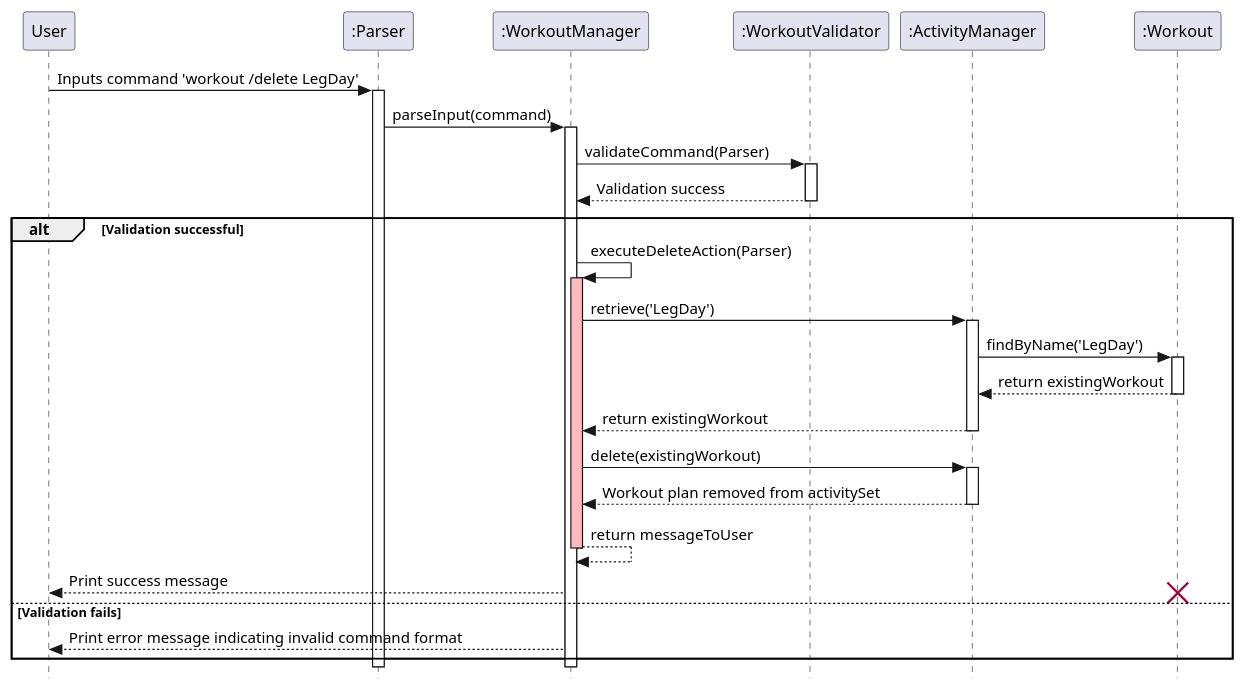
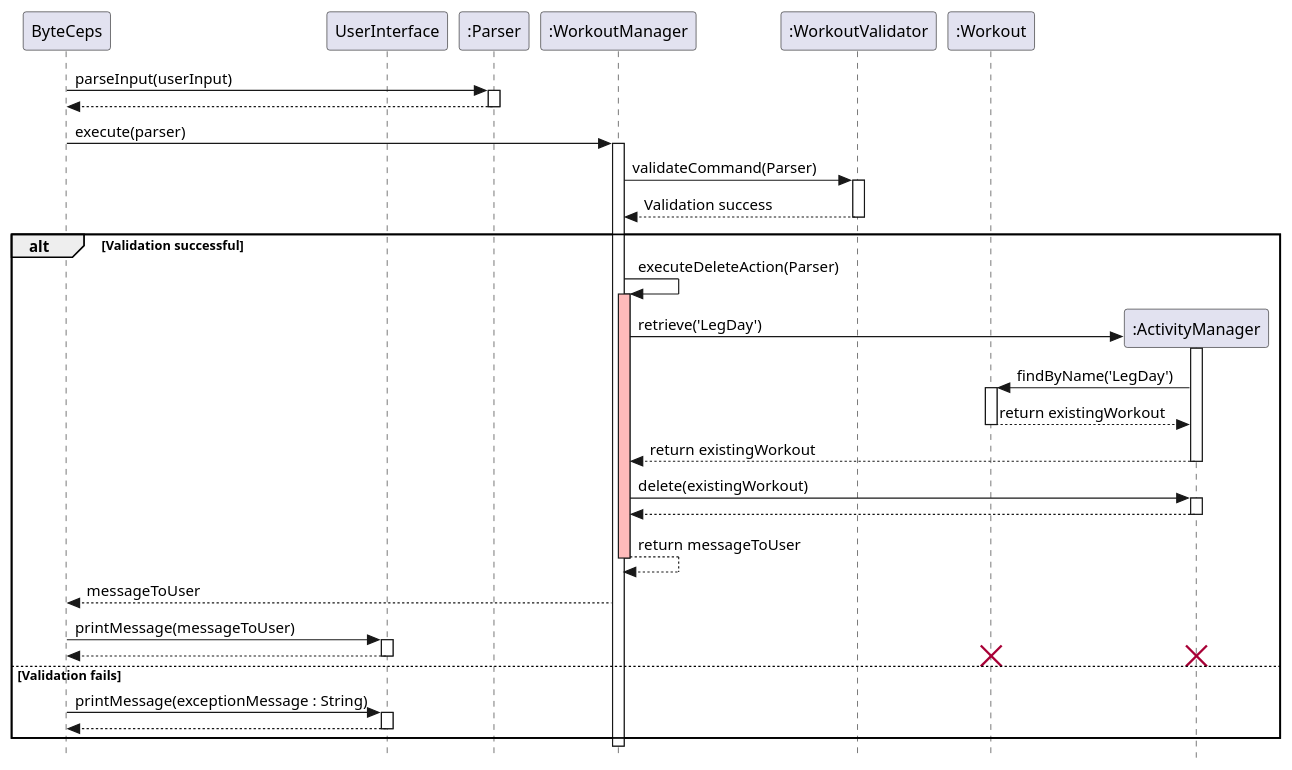
One commit to joshualeejunyi/tp changed the diagram in docs/plantuml/deleteWorkout.puml. Above: the diagram before and after it, drawn with PlantUML. The commit also changed 7 other files, not shown here.

Commit message:
Modify sequence diagrams

```diff
--- a/docs/plantuml/deleteWorkout.puml
+++ b/docs/plantuml/deleteWorkout.puml
@@ -1,54 +1,68 @@
 @startuml SequenceDiagram
 
 skinparam classAttributeIconSize 0
 skinparam style strictuml
-participant User
+
+participant ByteCeps as User
+participant UserInterface
 participant ":Parser" as Parser
 participant ":WorkoutManager" as WorkoutManager
 participant ":WorkoutValidator" as Validator
-participant ":ActivityManager" as ActivityManager
 participant ":Workout" as Workout
 
-User -> Parser : Inputs command 'workout /delete LegDay'
+
+User -> Parser : parseInput(userInput)
 activate Parser
-Parser -> WorkoutManager : parseInput(command)
+User <-- Parser
+deactivate Parser
+
+User -> WorkoutManager : execute(parser)
 activate WorkoutManager
 
 WorkoutManager -> Validator : validateCommand(Parser)
 activate Validator
 Validator --> WorkoutManager : Validation success
 deactivate Validator
 
 alt Validation successful
 
     WorkoutManager -> WorkoutManager : executeDeleteAction(Parser)
     activate WorkoutManager #FFBBBB
 
+    create ":ActivityManager" as ActivityManager
     WorkoutManager -> ActivityManager : retrieve('LegDay')
     activate ActivityManager
     ActivityManager -> Workout : findByName('LegDay')
     activate Workout
     Workout --> ActivityManager : return existingWorkout
     deactivate Workout
     ActivityManager --> WorkoutManager : return existingWorkout
     deactivate ActivityManager
 
     WorkoutManager -> ActivityManager : delete(existingWorkout)
     activate ActivityManager
-    ActivityManager --> WorkoutManager : Workout plan removed from activitySet
+    ActivityManager --> WorkoutManager :
     deactivate ActivityManager
 
     WorkoutManager --> WorkoutManager : return messageToUser
     deactivate WorkoutManager #FFBBBB
-    WorkoutManager --> User : Print success message
+    WorkoutManager --> User : messageToUser
+    User -> UserInterface: printMessage(messageToUser)
+    activate UserInterface
+    UserInterface --> User
+    deactivate UserInterface
 
     destroy Workout
+    destroy ActivityManager
 
 else Validation fails
-    WorkoutManager --> User : Print error message indicating invalid command format
+    User -> UserInterface: printMessage(exceptionMessage : String)
+    activate UserInterface
+    UserInterface --> User:
+    deactivate UserInterface
 end
 
 deactivate WorkoutManager
 deactivate Parser
 
 @enduml
```
